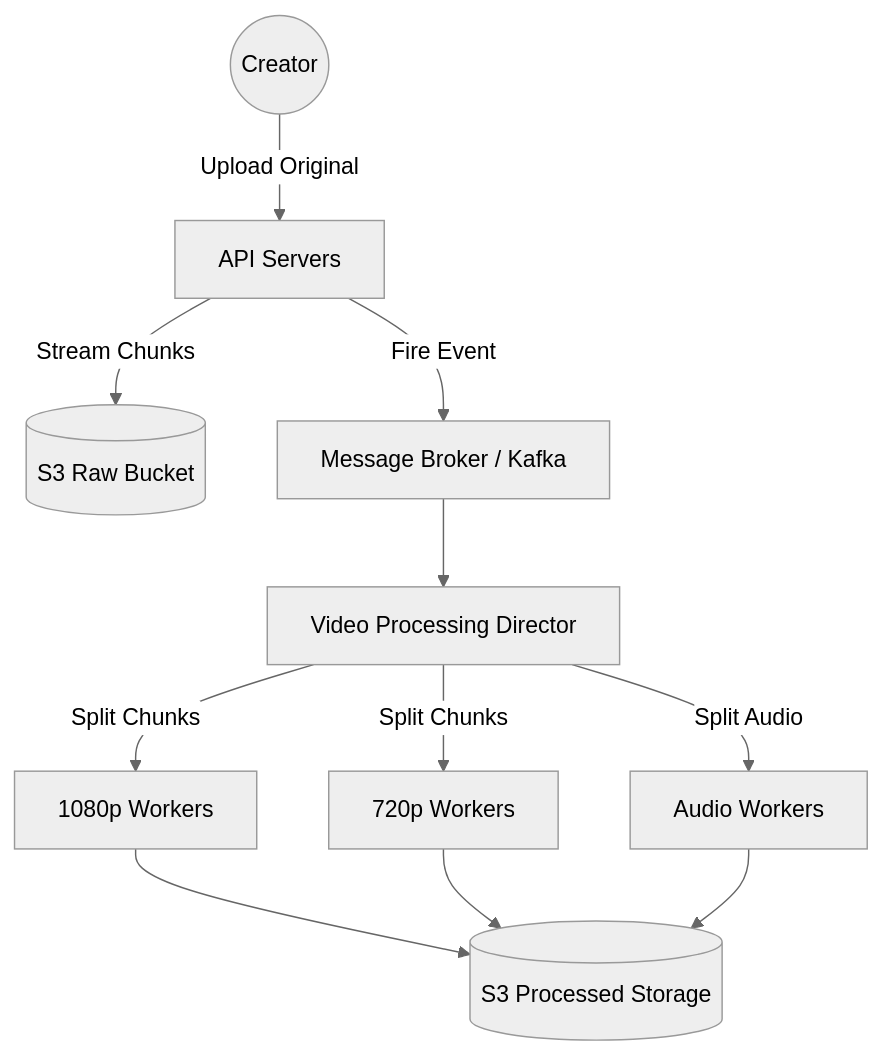
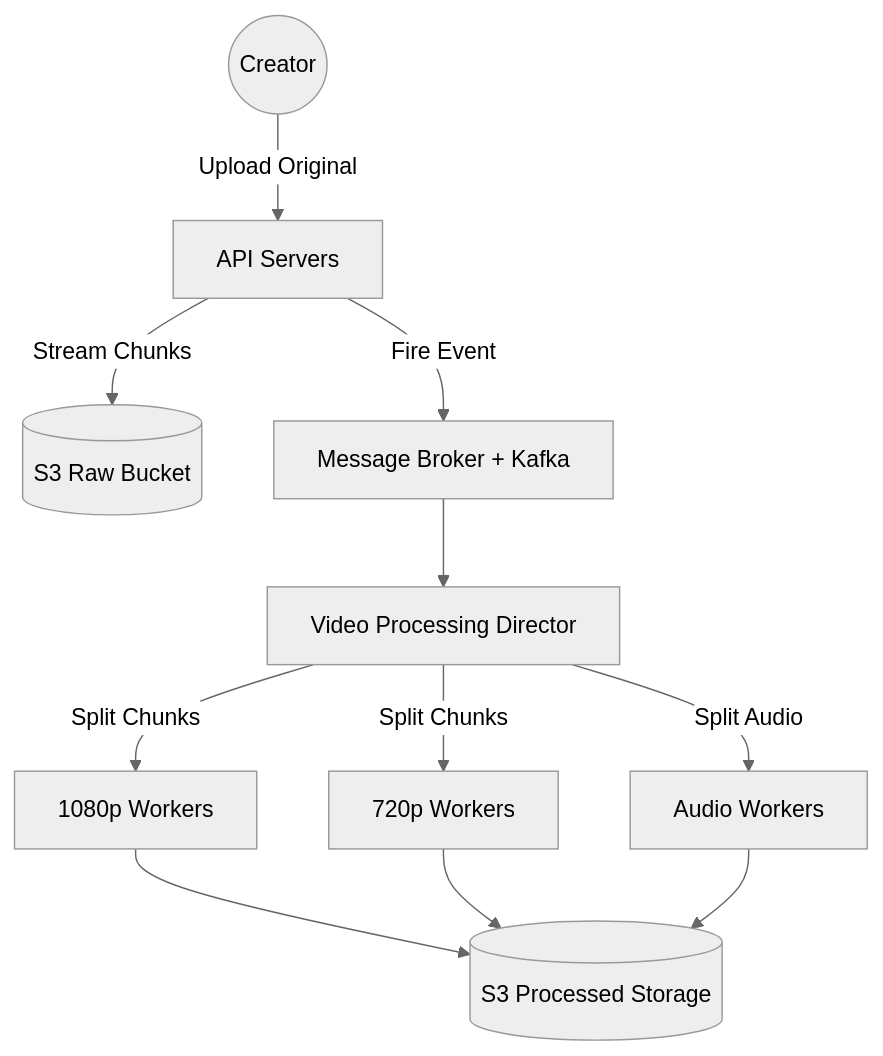
The first of 2 diagrams in Premium-Edition/02_Architectures/04_YouTube_Netflix_Streaming.md (Amit506/System-Design), drawn with Mermaid (neutral theme) before and after one commit. The commit also changed other lines of this file and 32 other files, not shown here.

````diff
--- a/Premium-Edition/02_Architectures/04_YouTube_Netflix_Streaming.md
+++ b/Premium-Edition/02_Architectures/04_YouTube_Netflix_Streaming.md
@@ -31,16 +31,16 @@
 ```mermaid
 graph TD
     User((Creator)) -->|Upload Original| APIServer[API Servers]
     APIServer -->|Stream Chunks| S3Raw[(S3 Raw Bucket)]
-    APIServer -->|Fire Event| Kafka[Message Broker / Kafka]
+    APIServer -->|Fire Event| Kafka[Message Broker + Kafka]
     
     Kafka --> VideoDAG[Video Processing Director]
     
     VideoDAG -->|Split Chunks| WorkerPool_1080p[1080p Workers]
     VideoDAG -->|Split Chunks| WorkerPool_720p[720p Workers]
     VideoDAG -->|Split Audio| WorkerPool_Audio[Audio Workers]
     
     WorkerPool_1080p --> S3Processed[(S3 Processed Storage)]
     WorkerPool_720p --> S3Processed
     WorkerPool_Audio --> S3Processed
 ```
````
